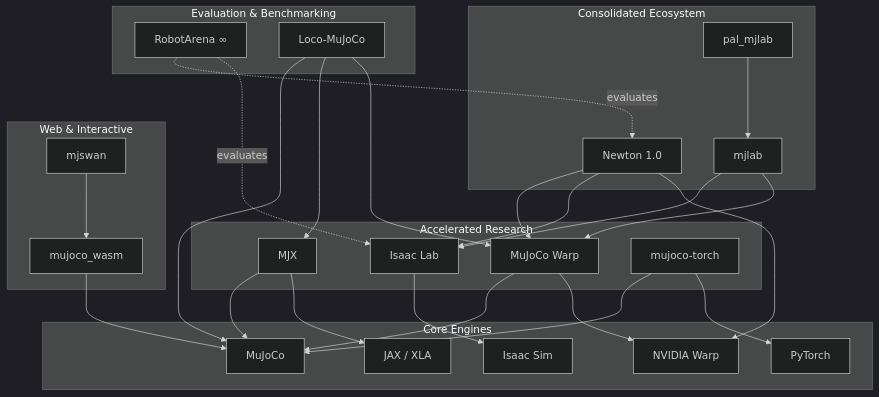
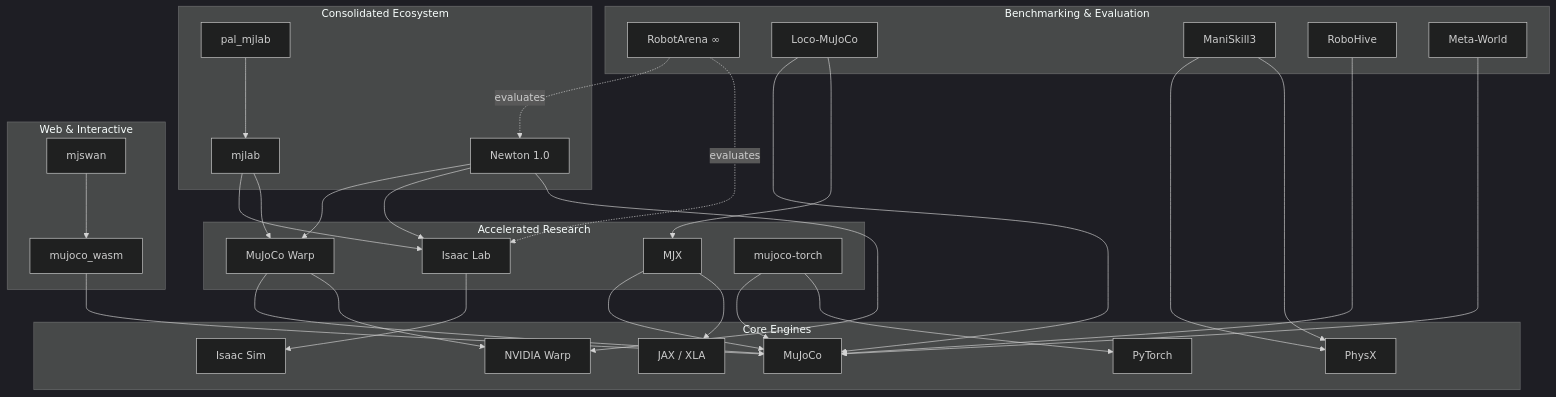
One commit to robomotic/sim-benchmarks changed the diagram in README.md. Above: the diagram before and after it, drawn with Mermaid (dark theme). The commit also changed other lines of this file, not shown here.

````diff
--- a/README.md
+++ b/README.md
@@ -85,55 +112,64 @@
 ```mermaid
 graph TD
     subgraph Core_Engines [Core Engines]
         MuJoCo[MuJoCo]
         IsaacSim[Isaac Sim]
         Warp[NVIDIA Warp]
         PyTorch[PyTorch]
         JAX[JAX / XLA]
+        PhysX[PhysX]
     end
 
     subgraph Accelerated_Research [Accelerated Research]
         MJX[MJX] 
         MJWarp[MuJoCo Warp]
         IsaacLab[Isaac Lab]
         MJTorch[mujoco-torch]
     end
 
     subgraph Consolidated_Ecosystem [Consolidated Ecosystem]
         Newton[Newton 1.0]
         mjlab[mjlab]
         pal_mjlab[pal_mjlab]
     end
 
-    subgraph Evaluation_Frameworks [Evaluation & Benchmarking]
-        RobotArena[RobotArena ∞]
-        LocoMuJoCo[Loco-MuJoCo]
-    end
-
     subgraph Web_Interactive [Web & Interactive]
         mjwasm[mujoco_wasm]
         mjswan[mjswan]
+    end
+
+    subgraph Evaluation_Suites [Benchmarking & Evaluation]
+        RobotArena[RobotArena ∞]
+        LocoMuJoCo[Loco-MuJoCo]
+        ManiSkill[ManiSkill3]
+        RoboHive[RoboHive]
+        MetaWorld[Meta-World]
     end
 
     %% Dependencies
     MJX --> MuJoCo
     MJX --> JAX
     MJWarp --> MuJoCo
     MJWarp --> Warp
     MJTorch --> MuJoCo
     MJTorch --> PyTorch
     IsaacLab --> IsaacSim
     Newton --> MJWarp
     Newton --> IsaacLab
     Newton --> Warp
     mjlab --> IsaacLab
     mjlab --> MJWarp
     pal_mjlab --> mjlab
     mjwasm --> MuJoCo
     mjswan --> mjwasm
+    
+    %% Evaluation Mappings
     RobotArena -. evaluates .-> Newton
     RobotArena -. evaluates .-> IsaacLab
     LocoMuJoCo --> MuJoCo
     LocoMuJoCo --> MJX
-    LocoMuJoCo --> MJWarp
+    ManiSkill --> PhysX
+    ManiSkill --> PhysX
+    RoboHive --> MuJoCo
+    MetaWorld --> MuJoCo
 ```
````
